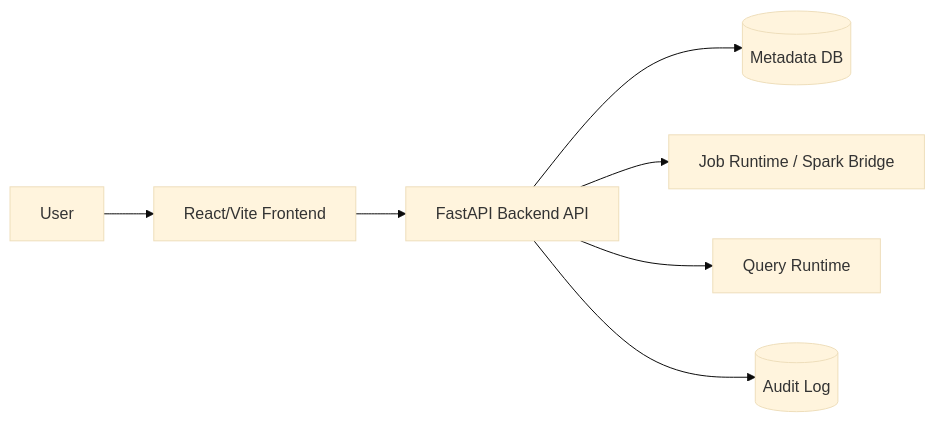
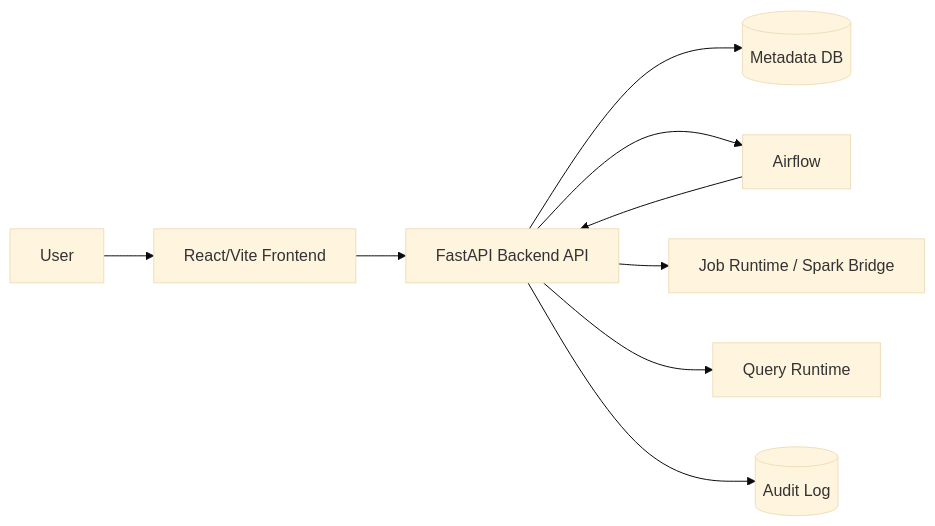
Before and after one commit to JUNGLE-TEAM1/AskLake: the diagram in docs/02-architecture.md, drawn with Mermaid (base theme). The commit also changed other lines of this file and 25 other files, not shown here.

````diff
--- a/docs/02-architecture.md
+++ b/docs/02-architecture.md
@@ -55,9 +58,11 @@
 ```mermaid
 flowchart LR
     U[User] --> FE[React/Vite Frontend]
     FE --> API[FastAPI Backend API]
     API --> DB[(Metadata DB)]
+    API --> AF[Airflow]
+    AF --> API
     API --> JOB[Job Runtime / Spark Bridge]
     API --> SQL[Query Runtime]
     API --> AUDIT[(Audit Log)]
 ```
````
